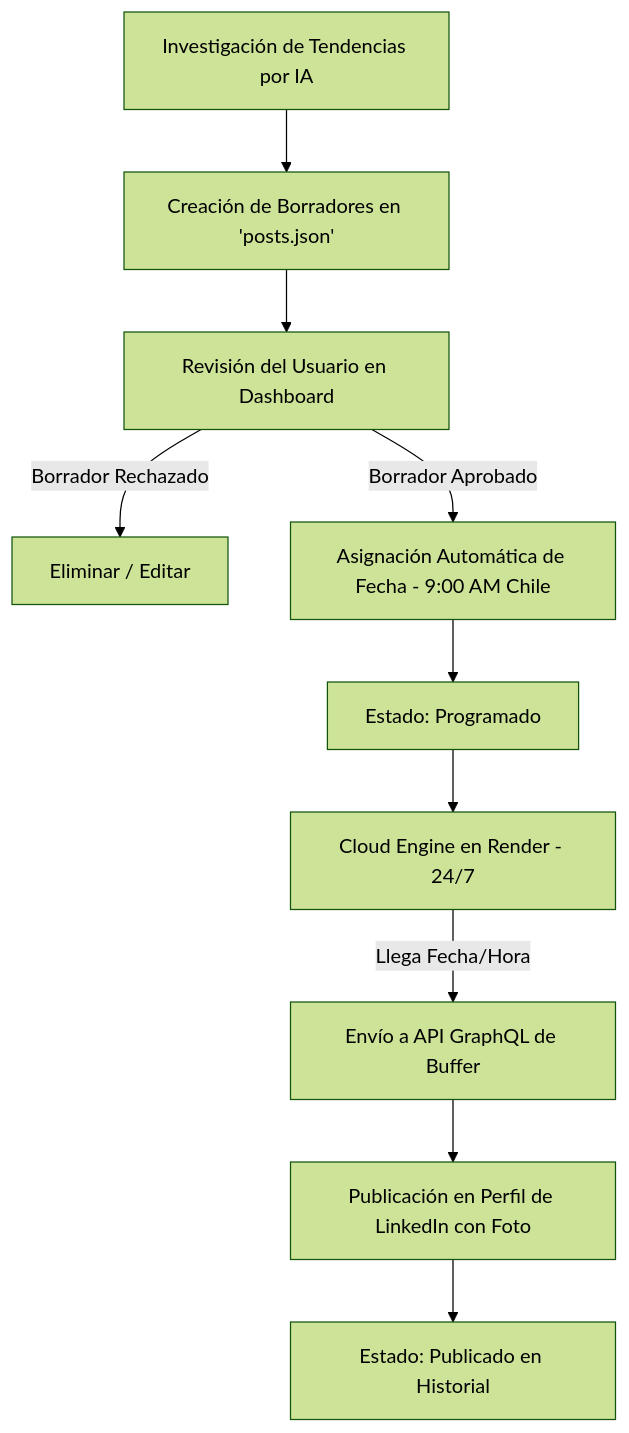
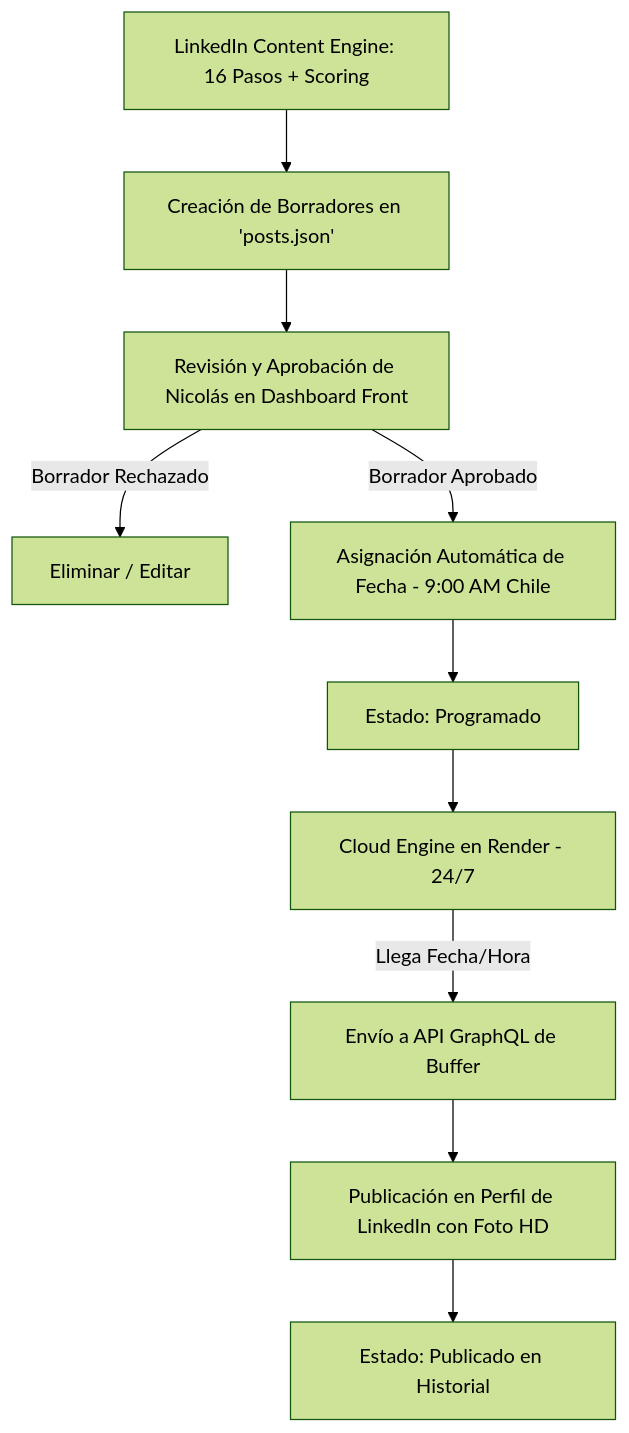
The diagram in DOCUMENTACION.md (nicolass309/linkedin-nico), drawn with Mermaid (forest theme) before and after one commit. The commit also changed other lines of this file and 2 other files, not shown here.

Commit message:
feat: add 10 elite LinkedIn drafts with live frontier currency and AGENTS.md rule

````diff
--- a/DOCUMENTACION.md
+++ b/DOCUMENTACION.md
@@ -36,12 +37,12 @@
 ```mermaid
 graph TD
-    A[Investigación de Tendencias por IA] --> B[Creación de Borradores en 'posts.json']
-    B --> C[Revisión del Usuario en Dashboard]
+    A[LinkedIn Content Engine: 16 Pasos + Scoring] --> B[Creación de Borradores en 'posts.json']
+    B --> C[Revisión y Aprobación de Nicolás en Dashboard Front]
     C -->|Borrador Rechazado| D[Eliminar / Editar]
     C -->|Borrador Aprobado| E[Asignación Automática de Fecha - 9:00 AM Chile]
     E --> F[Estado: Programado]
     F --> G[Cloud Engine en Render - 24/7]
     G -->|Llega Fecha/Hora| H[Envío a API GraphQL de Buffer]
-    H --> I[Publicación en Perfil de LinkedIn con Foto]
+    H --> I[Publicación en Perfil de LinkedIn con Foto HD]
     I --> J[Estado: Publicado en Historial]
 ```
````
